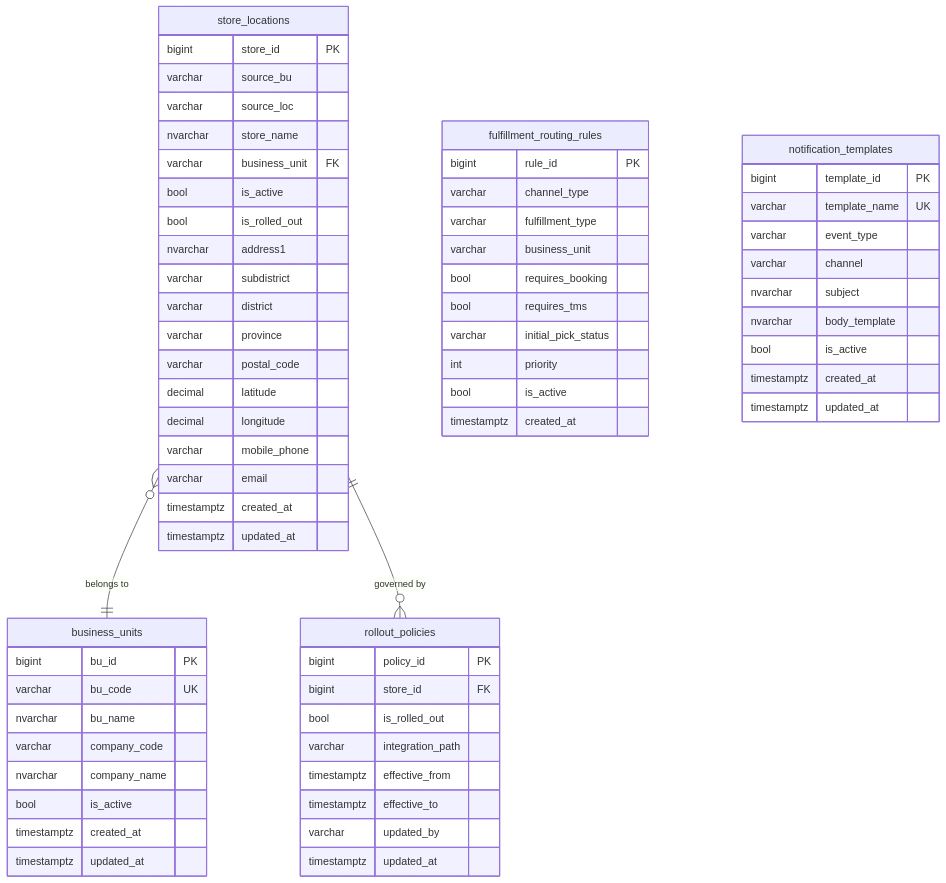
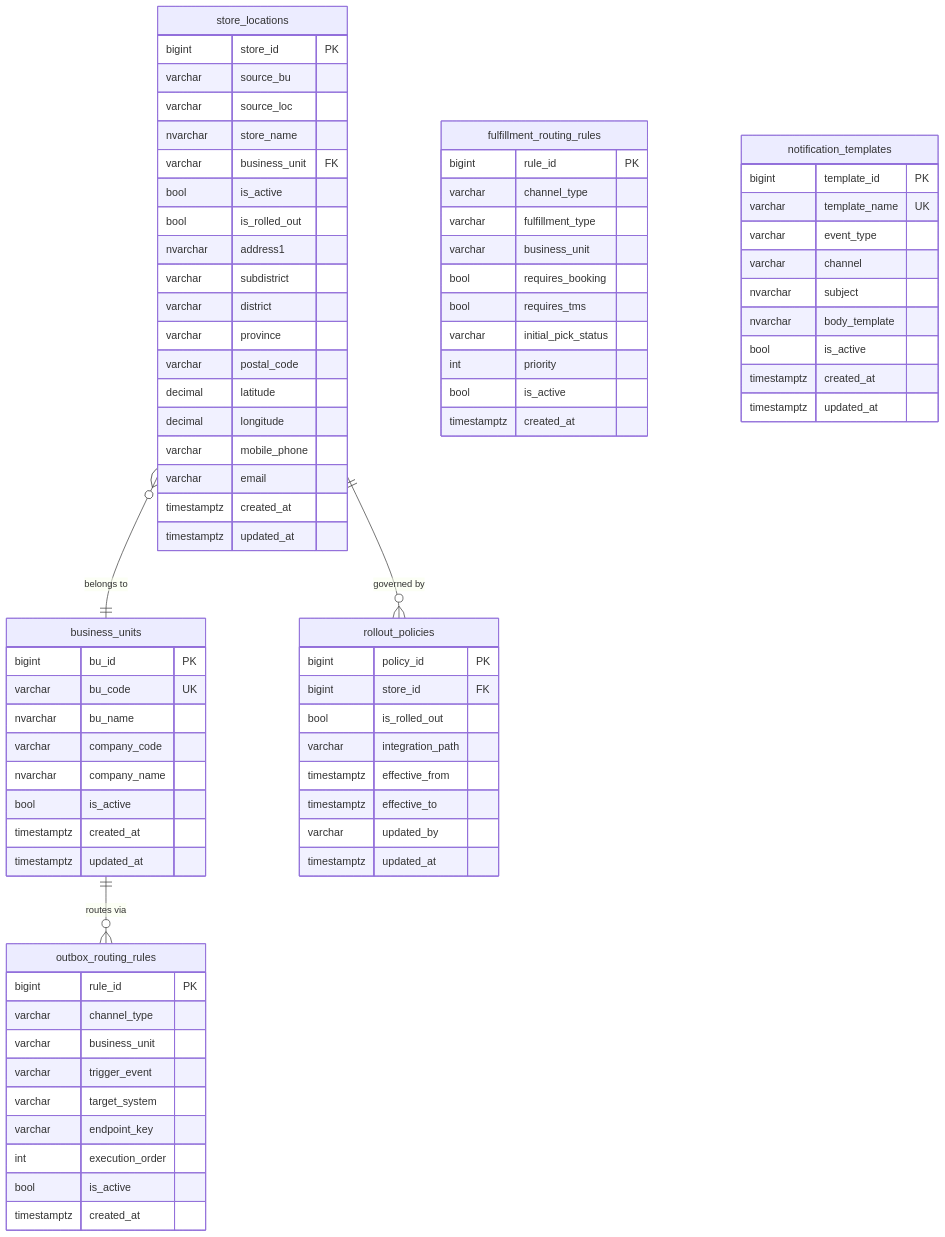
The fourth of 5 diagrams in docs/oms-er-diagrams.md (rosered11/oms-claude), drawn with Mermaid before and after one commit. The commit also changed other lines of this file and 53 other files, not shown here.

````diff
--- a/docs/oms-er-diagrams.md
+++ b/docs/oms-er-diagrams.md
@@ -430,6 +435,19 @@
         timestamptz updated_at
     }
 
+    outbox_routing_rules {
+        bigint  rule_id PK
+        varchar channel_type
+        varchar business_unit
+        varchar trigger_event
+        varchar target_system
+        varchar endpoint_key
+        int     execution_order
+        bool    is_active
+        timestamptz created_at
+    }
+
     store_locations    }o--|| business_units         : "belongs to"
     store_locations    ||--o{ rollout_policies        : "governed by"
+    business_units     ||--o{ outbox_routing_rules    : "routes via"
 ```
````
